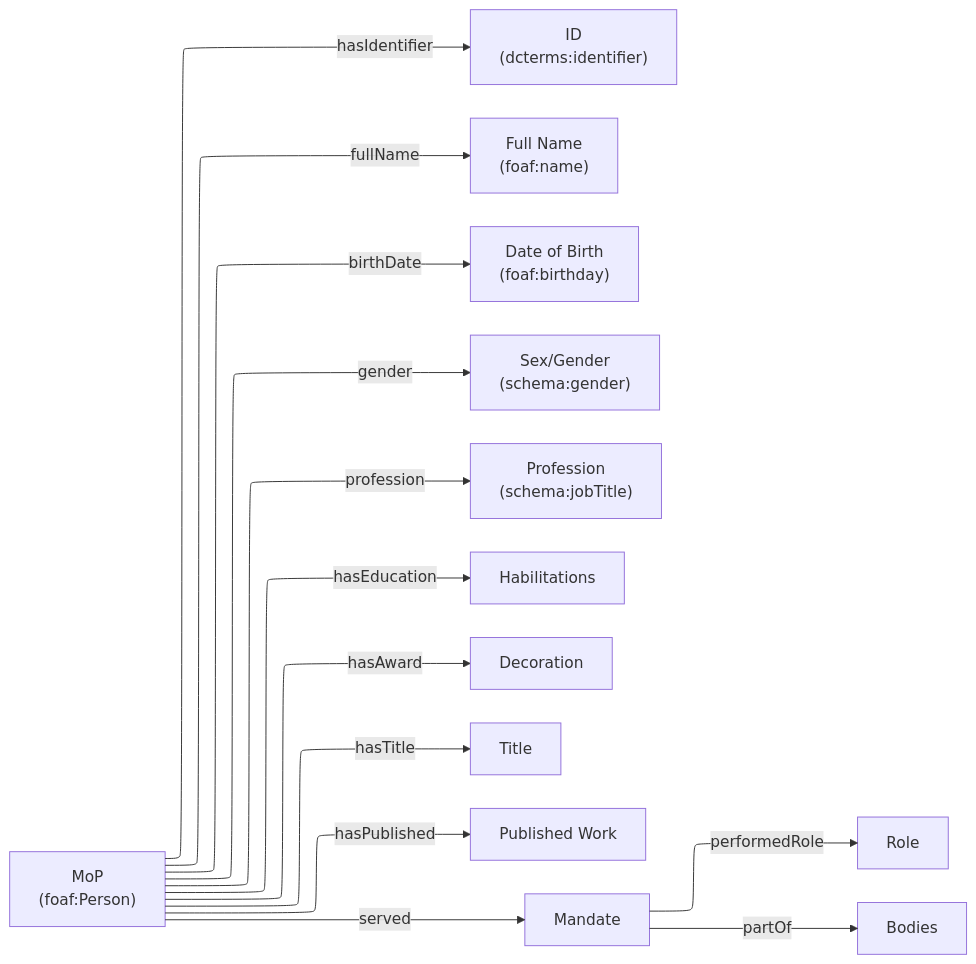
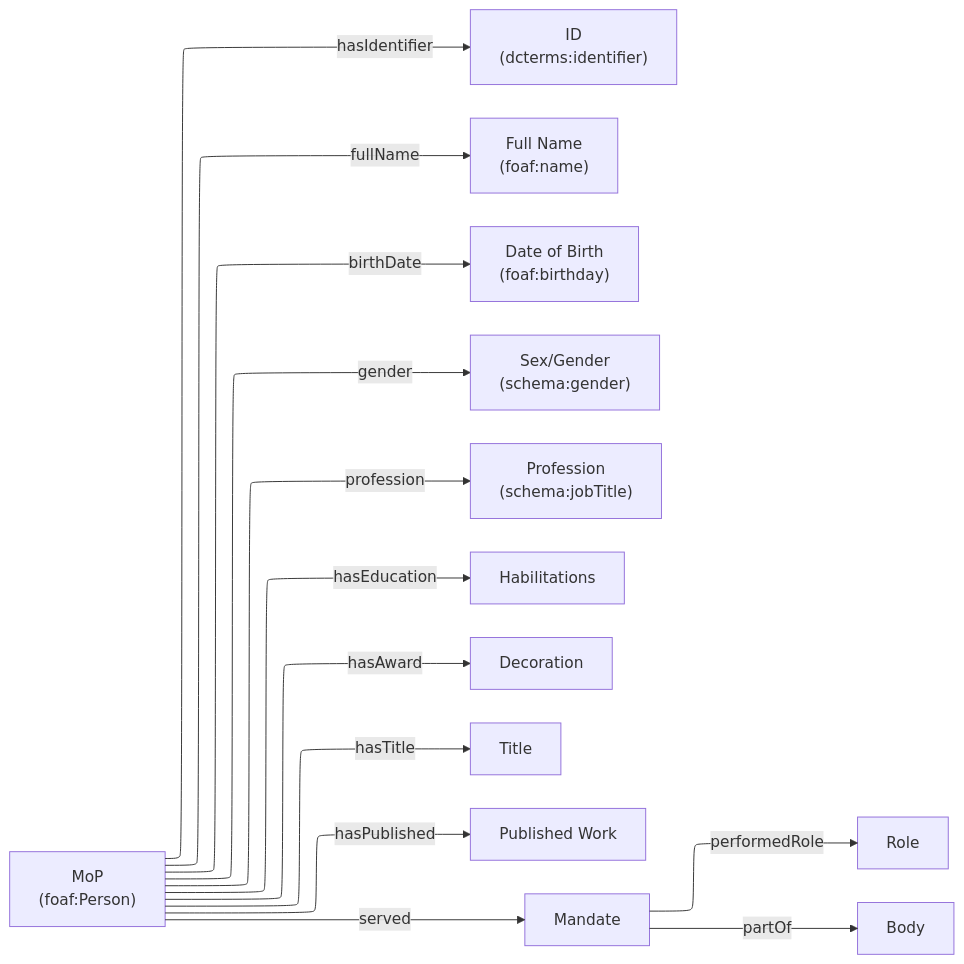
One commit to Kaankzlyar/orwell-generalized changed the diagram in docs/registobiografico/mop.mermaid. Above: the diagram before and after it, drawn with Mermaid.

```diff
--- a/docs/registobiografico/mop.mermaid
+++ b/docs/registobiografico/mop.mermaid
@@ -1,17 +1,17 @@
 ---
 config:
   layout: elk
 ---
 flowchart LR
     Person["MoP<br>(foaf:Person)"] -- hasIdentifier --> pid["ID<br>(dcterms:identifier)"]
     Person -- fullName --> name["Full Name<br>(foaf:name)"]
     Person -- birthDate --> dob["Date of Birth<br>(foaf:birthday)"]
     Person -- gender --> gender["Sex/Gender<br>(schema:gender)"]
     Person -- profession --> prof["Profession<br/>(schema:jobTitle)"]
     Person -- hasEducation --> Edu["Habilitations"]
     Person -- hasAward --> Award["Decoration"]
     Person -- hasTitle --> Title["Title"]
     Person -- hasPublished --> Work["Published Work"]
     Person -- served --> Mandate["Mandate"]
     Mandate -- performedRole --> Role["Role"]
-    Mandate -- partOf --> Bodies["Bodies"]
+    Mandate -- partOf --> Body["Body"]
```
